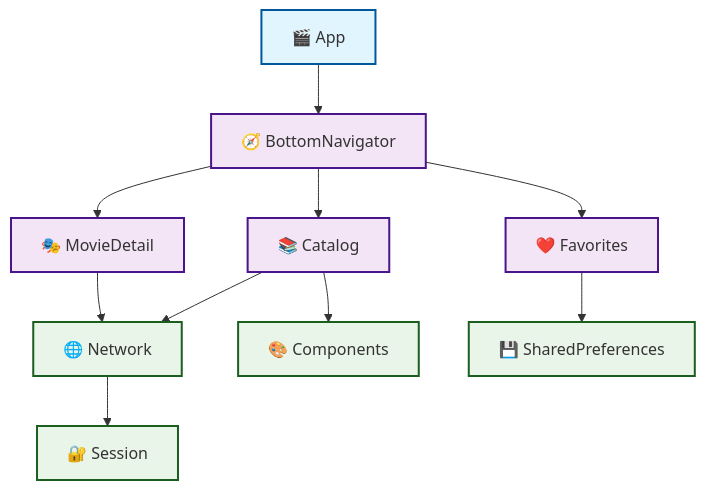
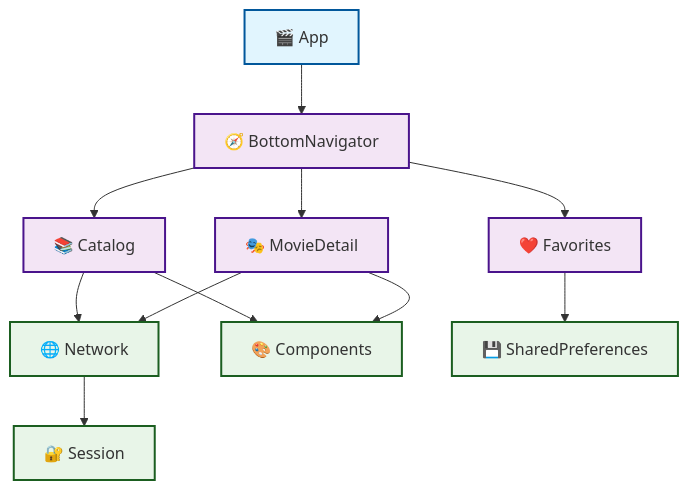
Before and after one commit to rodrigogmdias/movie-app: the diagram in README.md, drawn with Mermaid. The commit also changed other lines of this file, not shown here.

````diff
--- a/README.md
+++ b/README.md
@@ -114,28 +123,29 @@
 ```mermaid
 graph TD
     %% Aplicativo Principal
     App[🎬 App] --> BN[🧭 BottomNavigator]
     
     %% Features
     BN --> Cat[📚 Catalog]
     BN --> Fav[❤️ Favorites]
     BN --> MD[🎭 MovieDetail]
     
     %% Commons Dependencies
     Cat --> Net[🌐 Network]
     Cat --> Comp[🎨 Components]
     MD --> Net
+    MD --> Comp
     Fav --> SP[💾 SharedPreferences]
     
     %% Network Dependencies
     Net --> Sess[🔐 Session]
     
     %% Styling
     classDef app fill:#e1f5fe,stroke:#01579b,stroke-width:2px
     classDef feature fill:#f3e5f5,stroke:#4a148c,stroke-width:2px
     classDef common fill:#e8f5e8,stroke:#1b5e20,stroke-width:2px
     
     class App app
     class BN,Cat,Fav,MD feature
     class Net,Comp,Sess,SP common
 ```
````
